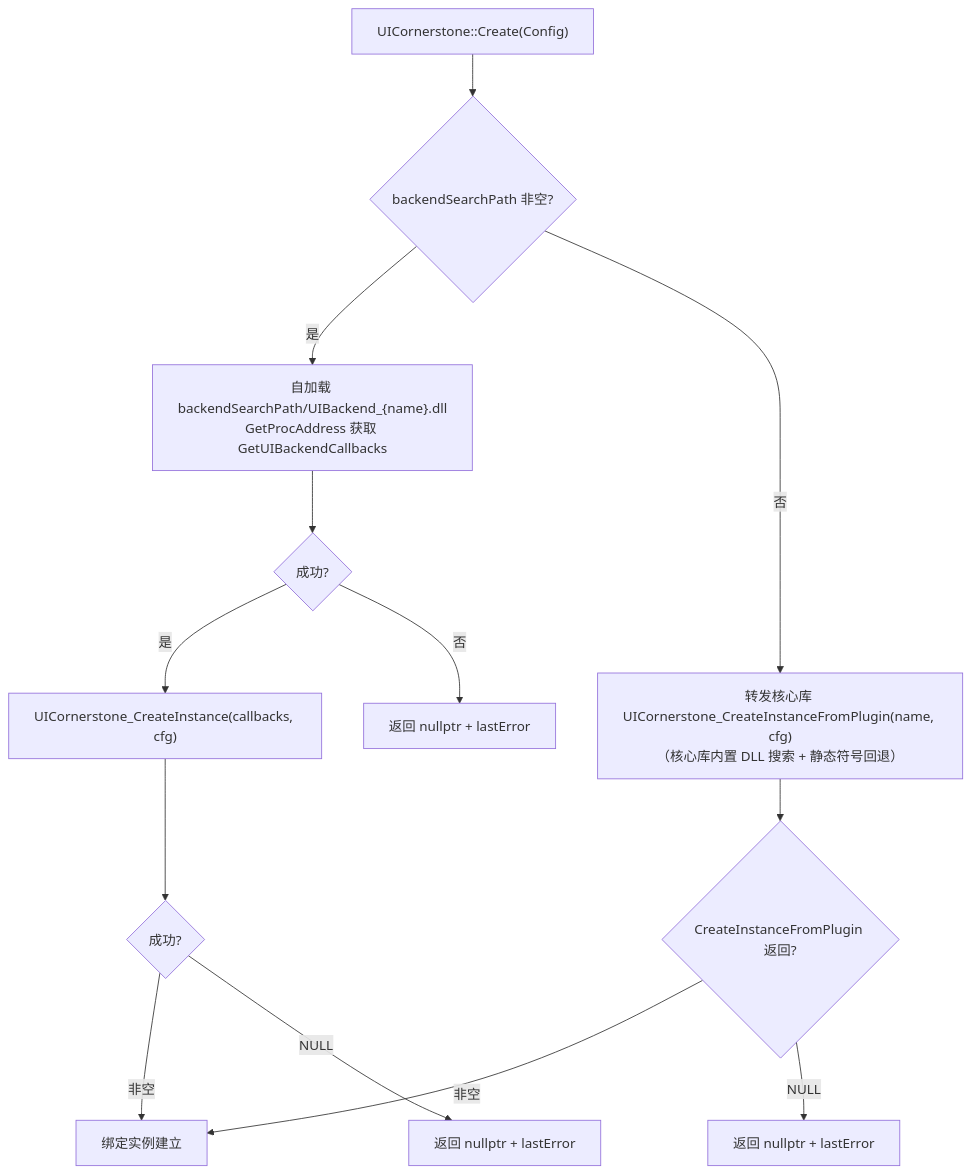
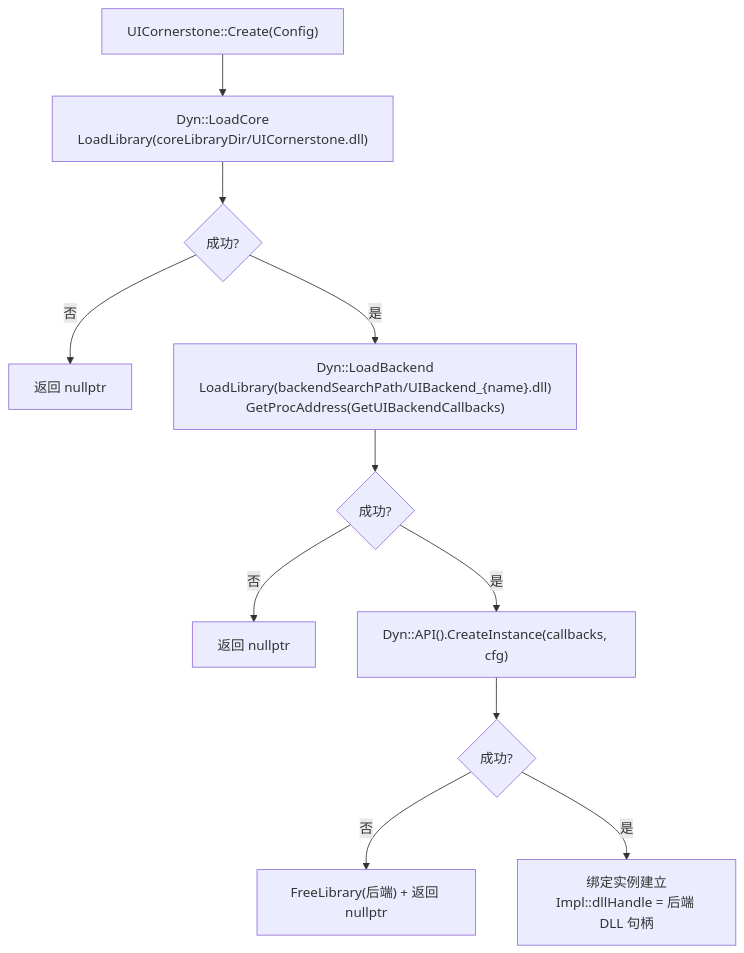
One commit to SeaOceanLiu/UIControls changed the third of 6 diagrams in doc/CppBinding_Design.md. Above: the diagram before and after it, drawn with Mermaid. The commit also changed other lines of this file and 79 other files, not shown here.

````diff
--- a/doc/CppBinding_Design.md
+++ b/doc/CppBinding_Design.md
@@ -690,15 +671,13 @@
 ```mermaid
 flowchart TD
-    Start["UICornerstone::Create(Config)"] --> Check{"backendSearchPath 非空?"}
-    Check -->|是| Search1["自加载 backendSearchPath/UIBackend_{name}.dll<br/>GetProcAddress 获取 GetUIBackendCallbacks"]
-    Check -->|否| Core["转发核心库 UICornerstone_CreateInstanceFromPlugin(name, cfg)<br/>（核心库内置 DLL 搜索 + 静态符号回退）"]
-    Search1 --> Found{"成功?"}
-    Core --> Created{"CreateInstanceFromPlugin 返回?"}
-    Found -->|是| CI["UICornerstone_CreateInstance(callbacks, cfg)"]
-    Found -->|否| Return1["返回 nullptr + lastError"]
-    CI --> Created2{"成功?"}
-    Created -->|非空| OK["绑定实例建立"]
-    Created -->|NULL| Return2["返回 nullptr + lastError"]
-    Created2 -->|非空| OK
-    Created2 -->|NULL| Return3["返回 nullptr + lastError"]
+    Start["UICornerstone::Create(Config)"] --> L1["Dyn::LoadCore<br/>LoadLibrary(coreLibraryDir/UICornerstone.dll)"]
+    L1 --> L1OK{"成功?"}
+    L1OK -->|否| Fail1["返回 nullptr"]
+    L1OK -->|是| L2["Dyn::LoadBackend<br/>LoadLibrary(backendSearchPath/UIBackend_{name}.dll)<br/>GetProcAddress(GetUIBackendCallbacks)"]
+    L2 --> L2OK{"成功?"}
+    L2OK -->|否| Fail2["返回 nullptr"]
+    L2OK -->|是| CI["Dyn::API().CreateInstance(callbacks, cfg)"]
+    CI --> CIOK{"成功?"}
+    CIOK -->|否| Fail3["FreeLibrary(后端) + 返回 nullptr"]
+    CIOK -->|是| OK["绑定实例建立<br/>Impl::dllHandle = 后端 DLL 句柄"]
 ```
````
